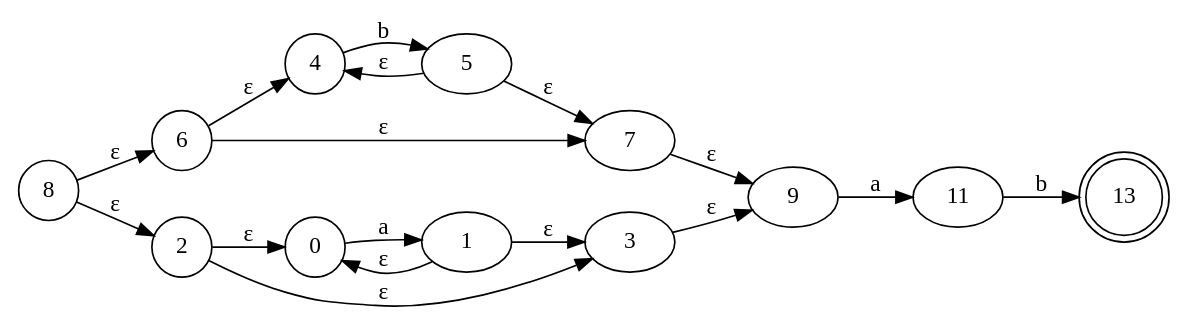
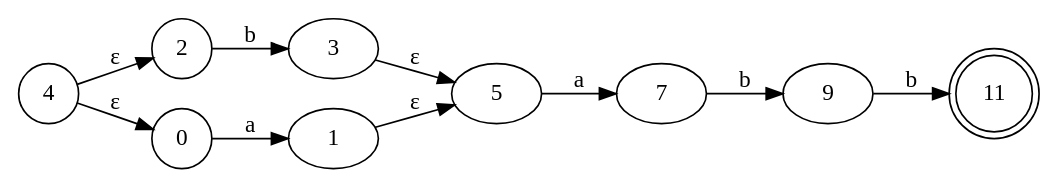
The diagram in test-output/automata1.gv (bryannalfaro/Dise-odeLenguajes), drawn with Graphviz before and after one commit. The commit also changed 8 other files, not shown here.

```diff
--- a/test-output/automata1.gv
+++ b/test-output/automata1.gv
@@ -1,25 +1,16 @@
 digraph automata1 {
 	rankdir=LR
-	8 [label=8 shape=circle]
-	13 [label=13 shape=doublecircle]
-	6 [label=6 shape=circle]
+	4 [label=4 shape=circle]
+	11 [label=11 shape=doublecircle]
 	2 [label=2 shape=circle]
-	4 [label=4 shape=circle]
 	0 [label=0 shape=circle]
-	8 -> 6 [label="ε"]
-	8 -> 2 [label="ε"]
-	6 -> 4 [label="ε"]
-	6 -> 7 [label="ε"]
-	4 -> 5 [label=b]
-	5 -> 7 [label="ε"]
-	5 -> 4 [label="ε"]
-	7 -> 9 [label="ε"]
-	2 -> 0 [label="ε"]
-	2 -> 3 [label="ε"]
+	4 -> 2 [label="ε"]
+	4 -> 0 [label="ε"]
+	2 -> 3 [label=b]
+	3 -> 5 [label="ε"]
 	0 -> 1 [label=a]
-	1 -> 3 [label="ε"]
-	1 -> 0 [label="ε"]
-	3 -> 9 [label="ε"]
-	9 -> 11 [label=a]
-	11 -> 13 [label=b]
+	1 -> 5 [label="ε"]
+	5 -> 7 [label=a]
+	7 -> 9 [label=b]
+	9 -> 11 [label=b]
 }
```
